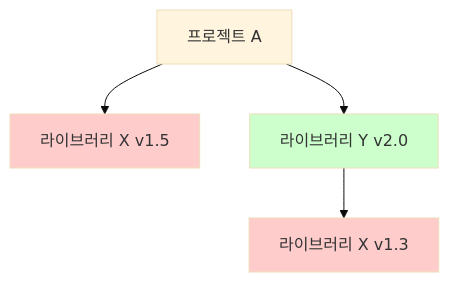
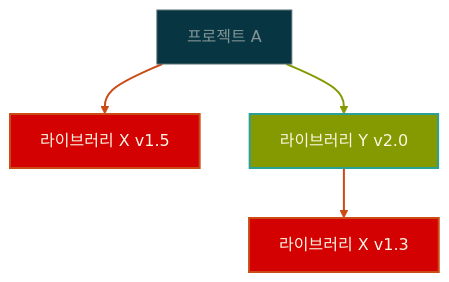
One commit to XIYO/ko-kr.posts changed the diagram in posts/development/practices/semantic-versioning-evolution-and-philosophy.md. Above: the diagram before and after it, drawn with Mermaid (base theme).

Commit message:
feat: apply Solarized colors to Mermaid diagrams for better portability
- Remove theme initialization directives
- Define custom styles using Solarized accent colors
- Apply consistent colors to nodes and links
- Improve diagram visibility in both light and dark themes
- Maintain portability by embedding styles directly in markdown

This approach provides better cross-platform compatibility than
relying on external stylesheets.

Closes #71

````diff
--- a/posts/development/practices/semantic-versioning-evolution-and-philosophy.md
+++ b/posts/development/practices/semantic-versioning-evolution-and-philosophy.md
@@ -31,10 +31,20 @@
 ```mermaid
 graph TD
     A[프로젝트 A] --> X1[라이브러리 X v1.5]
     A --> Y[라이브러리 Y v2.0]
     Y --> X2[라이브러리 X v1.3]
     
-    style X1 fill:#ffcccc
-    style X2 fill:#ffcccc
-    style Y fill:#ccffcc
+    %% Solarized 기반 스타일 정의
+    classDef conflict fill:#d30102,stroke:#cb4b16,stroke-width:2px,color:#fdf6e3
+    classDef success fill:#859900,stroke:#2aa198,stroke-width:2px,color:#fdf6e3
+    classDef default fill:#073642,stroke:#586e75,stroke-width:1px,color:#839496
+    
+    class X1,X2 conflict
+    class Y success
+    class A default
+    
+    %% 링크 스타일 정의
+    linkStyle 0 stroke:#cb4b16,stroke-width:2px
+    linkStyle 1 stroke:#859900,stroke-width:2px
+    linkStyle 2 stroke:#cb4b16,stroke-width:2px
 ```
````
